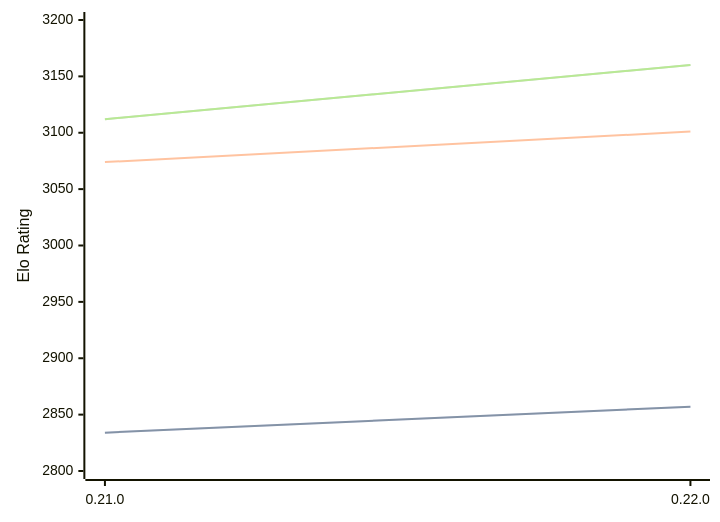
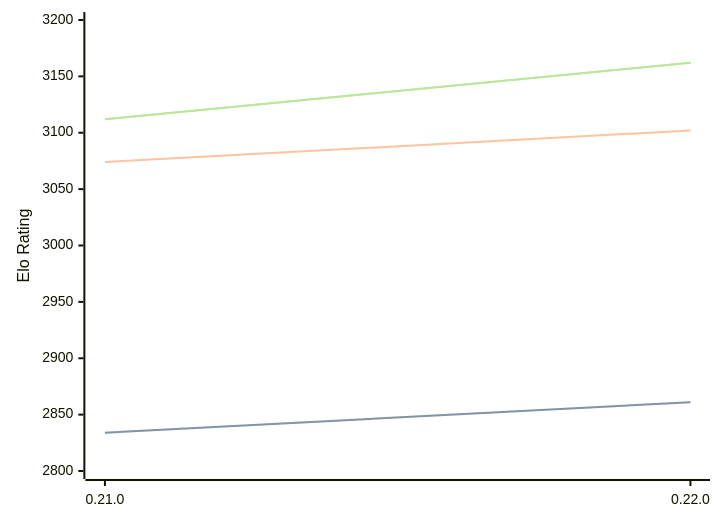
The diagram in engines/Princhess.md (computer-chess-index/cci), drawn with Mermaid before and after one commit. The commit also changed other lines of this file, not shown here.

Commit message:
Update CCI Ratings (ELO VLTC) - 2026-08-25

````diff
--- a/engines/Princhess.md
+++ b/engines/Princhess.md
@@ -32,11 +32,11 @@
 ```mermaid
 %%{init: {"theme":"base","themeVariables":{"seriesColors:['#a3a3a3','#222221','#faa371']}}}%%
 xychart-beta
   x-axis ["0.21.0", "0.22.0"]
   y-axis "Elo Rating" 2800 --> 3200
-  line "STC (8.0+0.08s)" [2834, 2857]
-  line "STC (8.0+0.08s)" [2834, 2857]
-  line "LTC (60.0+0.60s)" [3074, 3101]
-  line "VLTC (2m24s+1.12s)" [3112, 3160]
-  line "VLTC (2m24s+1.12s)" [3112, 3160]
+  line "STC (8.0+0.08s)" [2834, 2861]
+  line "STC (8.0+0.08s)" [2834, 2861]
+  line "LTC (60.0+0.60s)" [3074, 3102]
+  line "VLTC (2m24s+1.12s)" [3112, 3162]
+  line "VLTC (2m24s+1.12s)" [3112, 3162]
 ```
````
